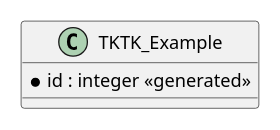
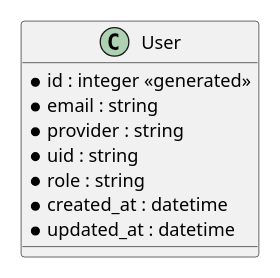
One commit to HHS/nih-oite-website changed the diagram in doc/compliance/apps/data.logical.md. Above: the diagram before and after it, drawn with PlantUML. The commit also changed other lines of this file and 3 other files, not shown here.

Commit message:
Update diagrams

````diff
--- a/doc/compliance/apps/data.logical.md
+++ b/doc/compliance/apps/data.logical.md
@@ -5,12 +5,18 @@
 ```plantuml
 @startuml
 scale 0.65
 
 ' avoid problems with angled crows feet
 skinparam linetype ortho
 
-class TKTK_Example {
+class User {
   * id : integer <<generated>>
+  * email : string
+  * provider : string
+  * uid : string
+  * role : string
+  * created_at : datetime
+  * updated_at : datetime
 }
 @enduml
 ```
````
